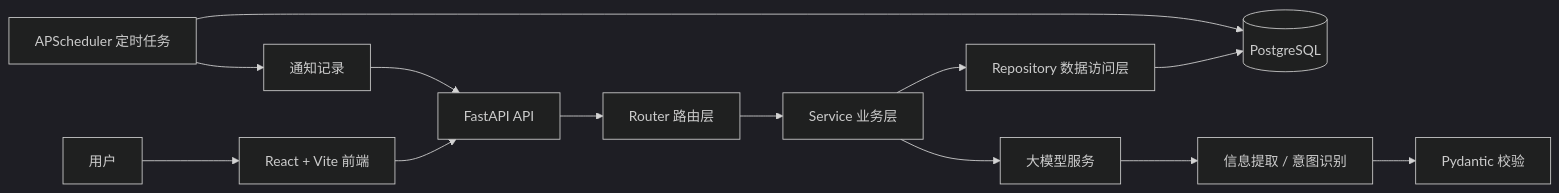
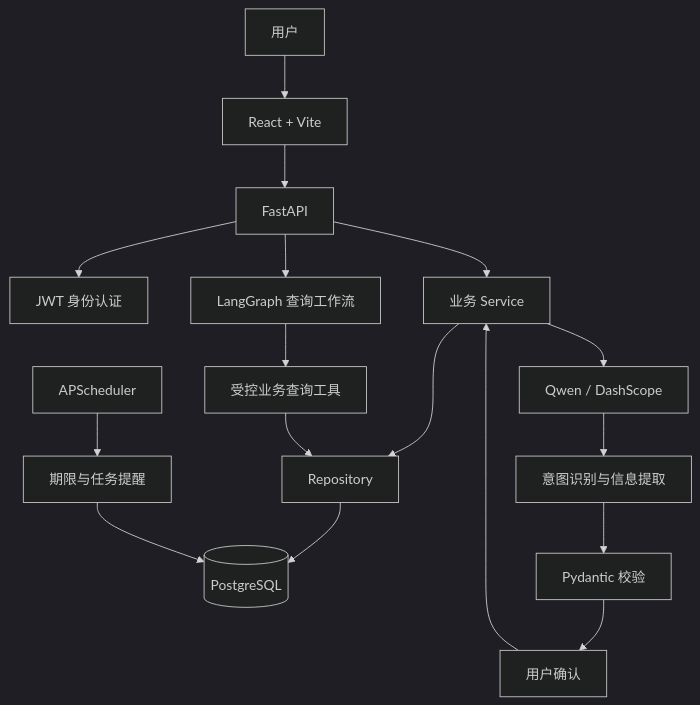
Before and after one commit to DaHoney02/little-aftercare: the diagram in README.md, drawn with Mermaid (dark theme). The commit also changed other lines of this file and 6 other files, not shown here.

````diff
--- a/README.md
+++ b/README.md
@@ -62,17 +136,22 @@
 ```mermaid
-flowchart LR
-    U[用户] --> FE[React + Vite 前端]
-    FE --> API[FastAPI API]
-    API --> Router[Router 路由层]
-    Router --> Service[Service 业务层]
-    Service --> Repo[Repository 数据访问层]
-    Repo --> DB[(PostgreSQL)]
+flowchart TD
+    User[用户] --> Frontend[React + Vite]
+    Frontend --> API[FastAPI]
+    API --> Auth[JWT 身份认证]
+    API --> Service[业务 Service]
+    Service --> Repository[Repository]
+    Repository --> DB[(PostgreSQL)]
 
-    Service --> LLM[大模型服务]
-    LLM --> Extractor[信息提取 / 意图识别]
+    Service --> LLM[Qwen / DashScope]
+    LLM --> Extractor[意图识别与信息提取]
     Extractor --> Schema[Pydantic 校验]
+    Schema --> Confirm[用户确认]
+    Confirm --> Service
 
-    Scheduler[APScheduler 定时任务] --> DB
-    Scheduler --> Notification[通知记录]
-    Notification --> API
+    API --> QueryGraph[LangGraph 查询工作流]
+    QueryGraph --> Tools[受控业务查询工具]
+    Tools --> Repository
+
+    Scheduler[APScheduler] --> Reminder[期限与任务提醒]
+    Reminder --> DB
 ```
````
